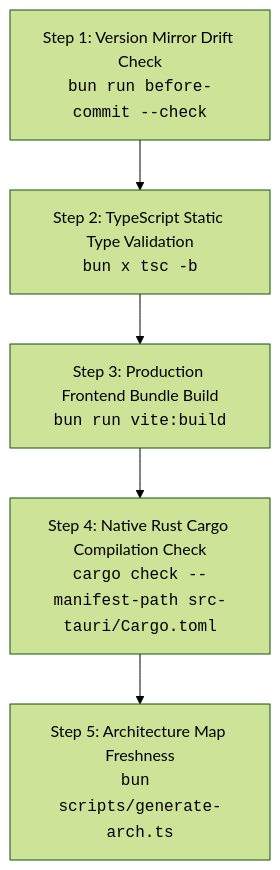
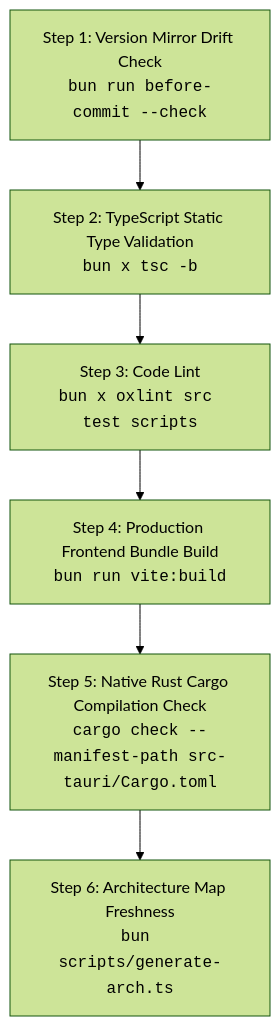
The diagram in TESTING.md (NairoDorian/Minimalistic_App), drawn with Mermaid (forest theme) before and after one commit. The commit also changed other lines of this file and 37 other files, not shown here.

Commit message:
feat(v0.12.0): deep audit round 13 — theme engine, toasts, developer hub, keyboard shortcuts, error boundary, rename-project CLI, Bun test suite, and oxlint TS7-compatible lint pipeline

````diff
--- a/TESTING.md
+++ b/TESTING.md
@@ -34,7 +38,8 @@
 ```mermaid
 graph TD
     A["Step 1: Version Mirror Drift Check<br><code>bun run before-commit --check</code>"] --> B["Step 2: TypeScript Static Type Validation<br><code>bun x tsc -b</code>"]
-    B --> C["Step 3: Production Frontend Bundle Build<br><code>bun run vite:build</code>"]
-    C --> D["Step 4: Native Rust Cargo Compilation Check<br><code>cargo check --manifest-path src-tauri/Cargo.toml</code>"]
-    D --> E["Step 5: Architecture Map Freshness<br><code>bun scripts/generate-arch.ts</code>"]
+    B --> C["Step 3: Code Lint<br><code>bun x oxlint src test scripts</code>"]
+    C --> D["Step 4: Production Frontend Bundle Build<br><code>bun run vite:build</code>"]
+    D --> E["Step 5: Native Rust Cargo Compilation Check<br><code>cargo check --manifest-path src-tauri/Cargo.toml</code>"]
+    E --> F["Step 6: Architecture Map Freshness<br><code>bun scripts/generate-arch.ts</code>"]
 ```
````
